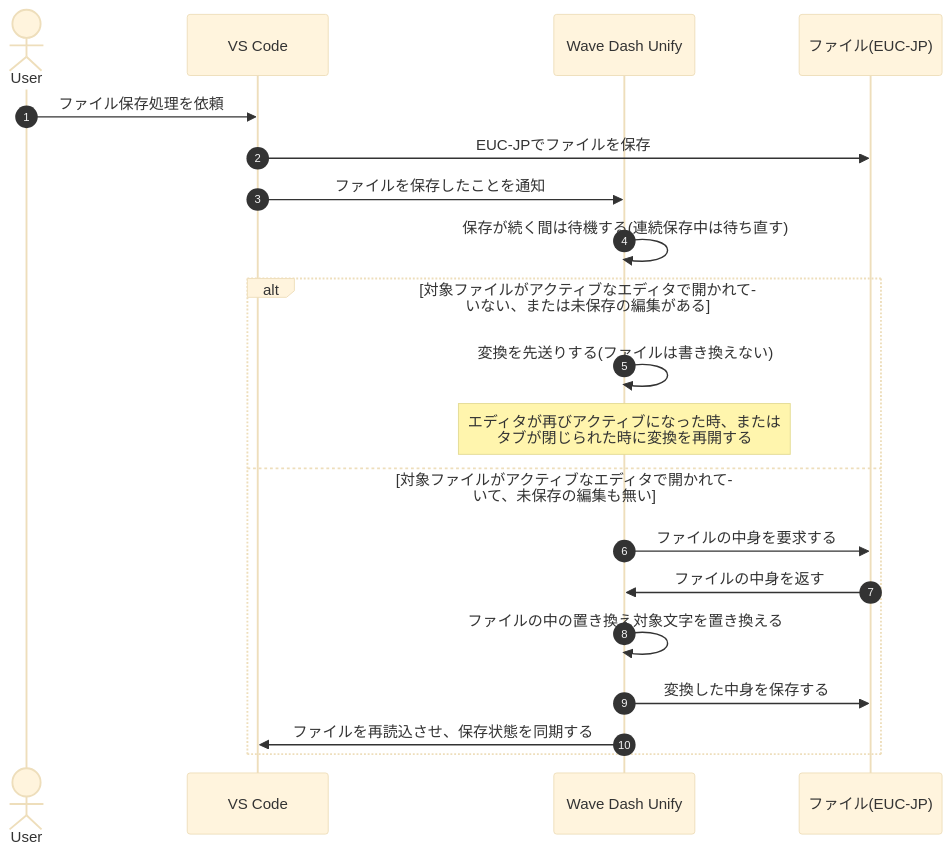
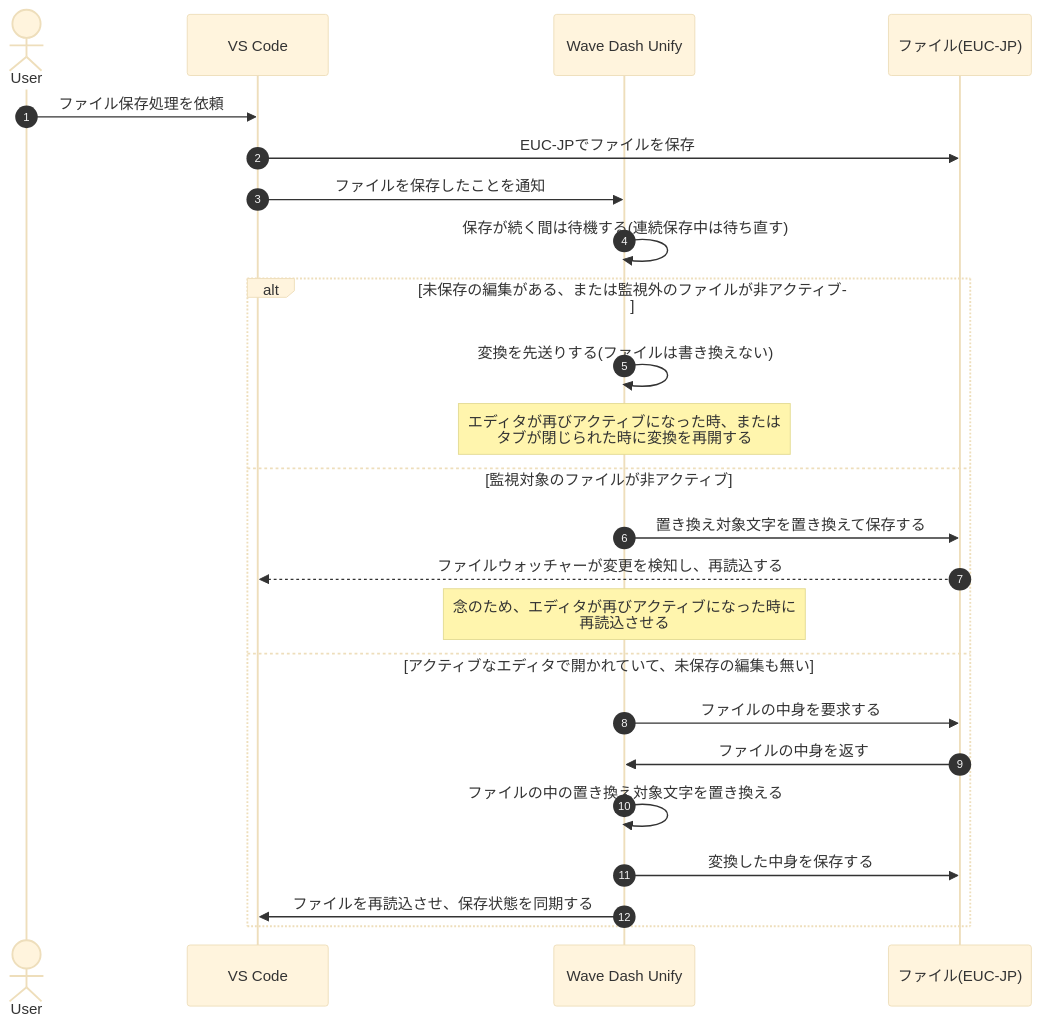
One commit to yutotnh/wave-dash-unify changed the diagram in doc/design.md. Above: the diagram before and after it, drawn with Mermaid (base theme). The commit also changed other lines of this file and 4 other files, not shown here.

````diff
--- a/doc/design.md
+++ b/doc/design.md
@@ -17,25 +17,29 @@
 ```mermaid
 sequenceDiagram
     autonumber
 
     actor User
     participant vscode as VS Code
     participant extension as Wave Dash Unify
     participant file as ファイル(EUC-JP)
 
     User ->> vscode: ファイル保存処理を依頼
     vscode ->> file: EUC-JPでファイルを保存
     vscode ->> extension: ファイルを保存したことを通知
     extension ->> extension: 保存が続く間は待機する(連続保存中は待ち直す)
 
-    alt 対象ファイルがアクティブなエディタで開かれていない、または未保存の編集がある
+    alt 未保存の編集がある、または監視外のファイルが非アクティブ
         extension ->> extension: 変換を先送りする(ファイルは書き換えない)
         note over extension: エディタが再びアクティブになった時、または<br/>タブが閉じられた時に変換を再開する
-    else 対象ファイルがアクティブなエディタで開かれていて、未保存の編集も無い
+    else 監視対象のファイルが非アクティブ
+        extension ->> file: 置き換え対象文字を置き換えて保存する
+        file -->> vscode: ファイルウォッチャーが変更を検知し、再読込する
+        note over extension: 念のため、エディタが再びアクティブになった時に<br/>再読込させる
+    else アクティブなエディタで開かれていて、未保存の編集も無い
         extension ->> file: ファイルの中身を要求する
         file ->> extension: ファイルの中身を返す
         extension ->> extension: ファイルの中の置き換え対象文字を置き換える
         extension ->> file: 変換した中身を保存する
         extension ->> vscode: ファイルを再読込させ、保存状態を同期する
     end
 ```
````
